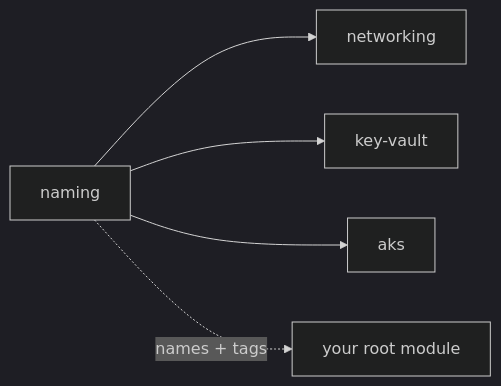
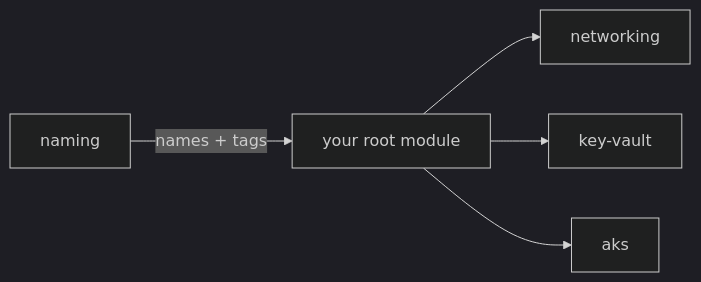
One commit to jmsalvo/terraform-azure-modules changed the diagram in README.md. Above: the diagram before and after it, drawn with Mermaid (dark theme). The commit also changed other lines of this file and 15 other files, not shown here.

First line of the commit message:
feat: networking module (VNet + subnets + optional NSGs) (#3)

````diff
--- a/README.md
+++ b/README.md
@@ -23,7 +23,7 @@
 ```mermaid
 flowchart LR
-    naming[naming] --> networking[networking]
-    naming --> keyvault[key-vault]
-    naming --> aks[aks]
-    naming -. names + tags .-> consumer[your root module]
+    naming[naming] -- names + tags --> root[your root module]
+    root --> networking[networking]
+    root --> keyvault[key-vault]
+    root --> aks[aks]
 ```
````
